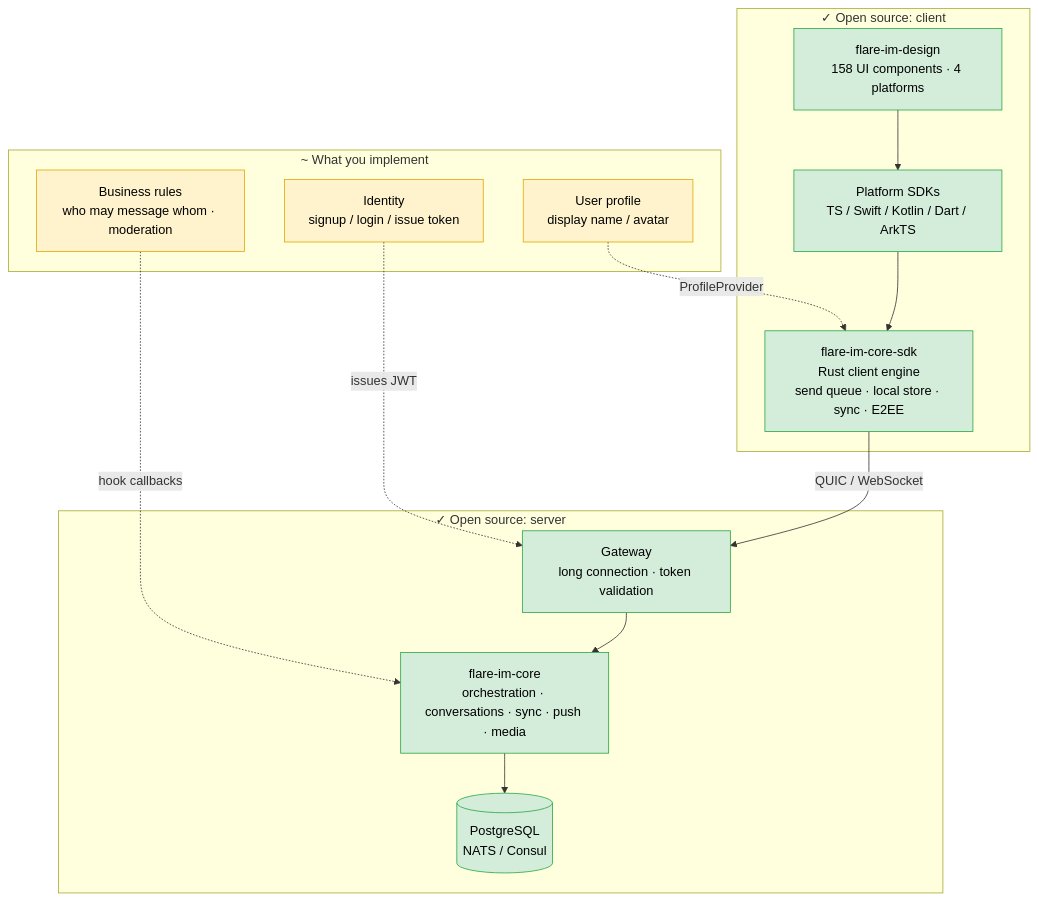
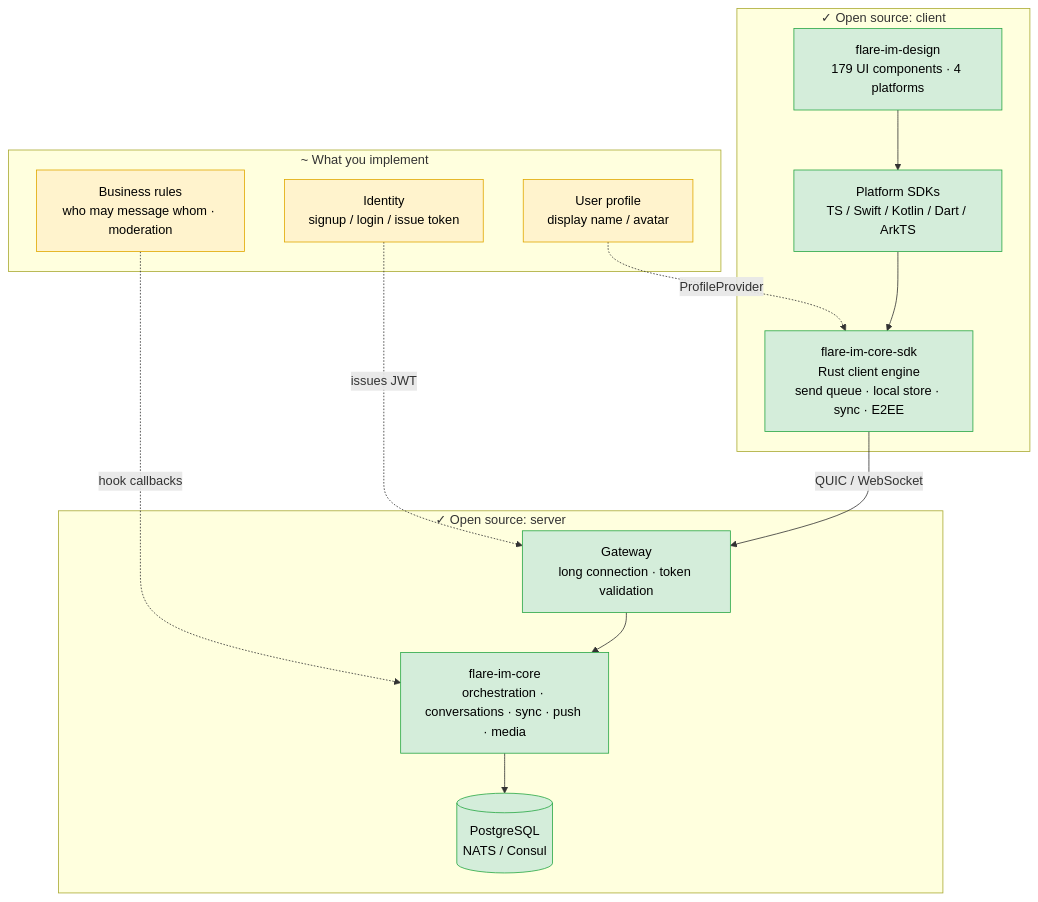
One commit to flare-im/flare-im-core-server changed the first of 2 diagrams in README.md. Above: the diagram before and after it, drawn with Mermaid. The commit also changed other lines of this file and 2 other files, not shown here.

Commit message:
docs: count 179 UI components and keep add-on packages out of the platform count
flare-core-flutter-storage and flare-core-plugin-vue-ui are add-ons to
a platform SDK, not platforms, so the README gate now leaves them out
of the platform count. The kit has 179 components.

````diff
--- a/README.md
+++ b/README.md
@@ -57,32 +57,32 @@
 ```mermaid
 flowchart TB
     subgraph yours["~ What you implement"]
         auth["Identity<br/>signup / login / issue token"]
         rules["Business rules<br/>who may message whom · moderation"]
         profile["User profile<br/>display name / avatar"]
     end
 
     subgraph client["✓ Open source: client"]
-        ui["flare-im-design<br/>158 UI components · 4 platforms"]
+        ui["flare-im-design<br/>179 UI components · 4 platforms"]
         sdk["Platform SDKs<br/>TS / Swift / Kotlin / Dart / ArkTS"]
         engine["flare-im-core-sdk<br/>Rust client engine<br/>send queue · local store · sync · E2EE"]
     end
 
     subgraph server["✓ Open source: server"]
         gw["Gateway<br/>long connection · token validation"]
         core["flare-im-core<br/>orchestration · conversations · sync · push · media"]
         store[("PostgreSQL<br/>NATS / Consul")]
     end
 
     auth -. "issues JWT" .-> gw
     rules -. "hook callbacks" .-> core
     profile -. "ProfileProvider" .-> engine
 
     ui --> sdk --> engine
     engine -- "QUIC / WebSocket" --> gw --> core --> store
 
     classDef mine fill:#FFF3CD,stroke:#E0A800,color:#000
     classDef oss fill:#D4EDDA,stroke:#28A745,color:#000
     class auth,rules,profile mine
     class ui,sdk,engine,gw,core,store oss
 ```
````
